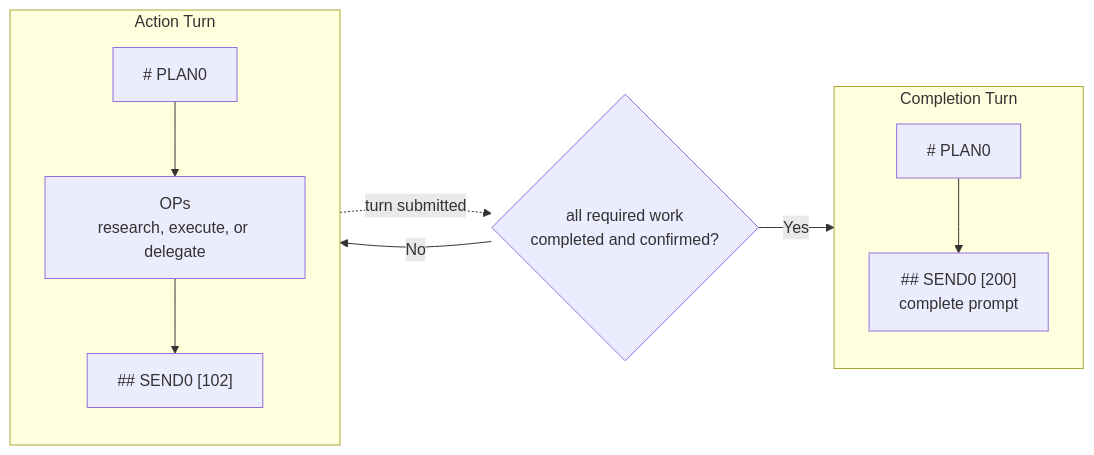
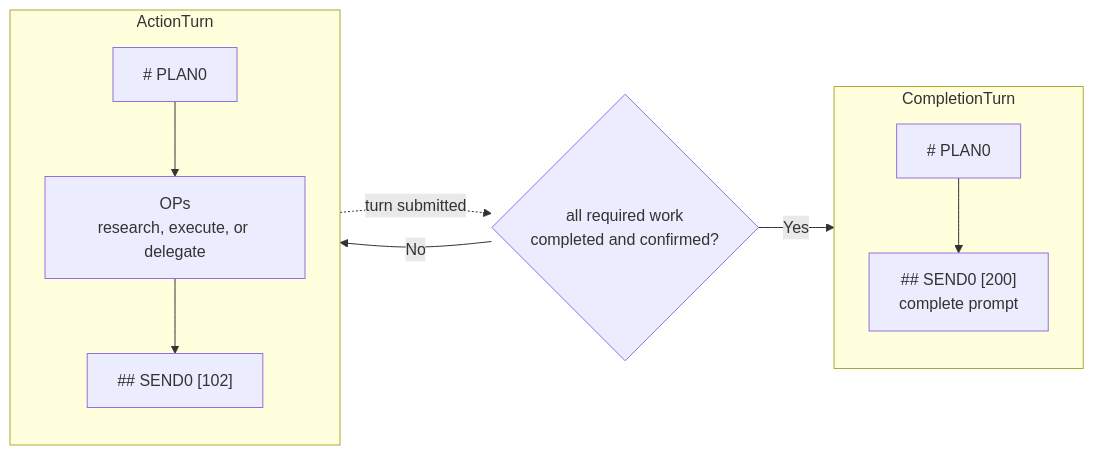
The first of 2 diagrams in plurnk-contracts/plurnk.md (plurnk/plurnk-service), drawn with Mermaid before and after one commit.

Commit message:
docs(contracts): clarify workflow diagram semantics

````diff
--- a/plurnk-contracts/plurnk.md
+++ b/plurnk-contracts/plurnk.md
@@ -35,23 +35,23 @@
 ```mermaid
 flowchart LR
-    subgraph T1["Action Turn"]
+    subgraph ActionTurn
         direction TB
-        A1["# PLAN0"]
-        A2["OPs<br>research, execute, or delegate"]
-        A3["## SEND0 [102]"]
-        A1 --> A2 --> A3
+        ActionPlan["# PLAN0"]
+        ActionOps["OPs<br>research, execute, or delegate"]
+        Continue["## SEND0 [102]"]
+        ActionPlan --> ActionOps --> Continue
     end
 
-    D{"all required work<br>completed and confirmed?"}
+    CompletionConfirmed{"all required work<br>completed and confirmed?"}
 
-    subgraph T2["Completion Turn"]
+    subgraph CompletionTurn
         direction TB
-        C1["# PLAN0"]
-        C2["## SEND0 [200]<br>complete prompt"]
-        C1 --> C2
+        CompletionPlan["# PLAN0"]
+        Complete["## SEND0 [200]<br>complete prompt"]
+        CompletionPlan --> Complete
     end
 
-    A3 -. "turn submitted" .-> D
-    D -- No --> A1
-    D -- Yes --> C1
+    ActionTurn -. "turn submitted" .-> CompletionConfirmed
+    CompletionConfirmed -- No --> ActionTurn
+    CompletionConfirmed -- Yes --> CompletionTurn
 ```
````
